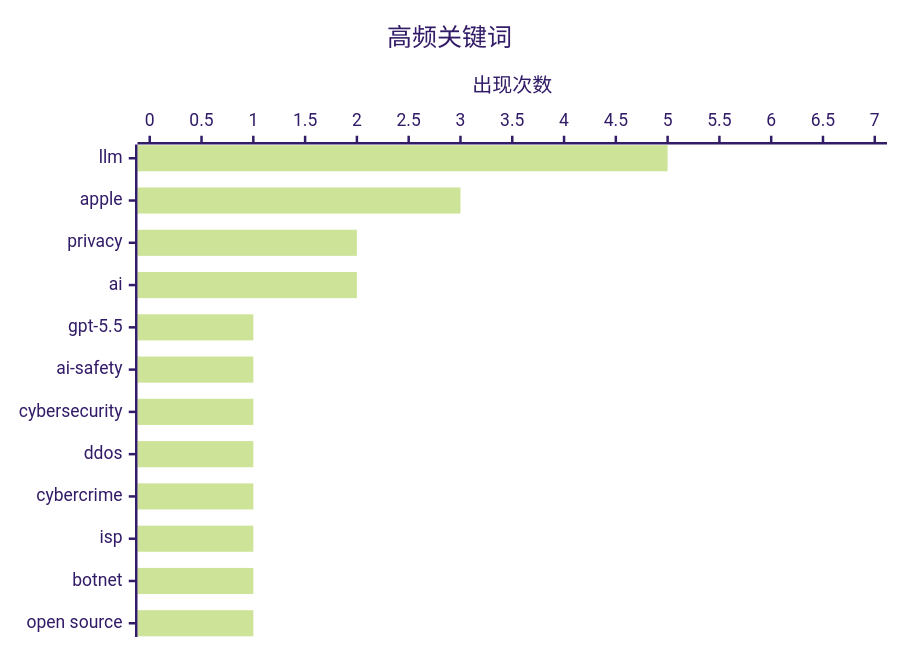
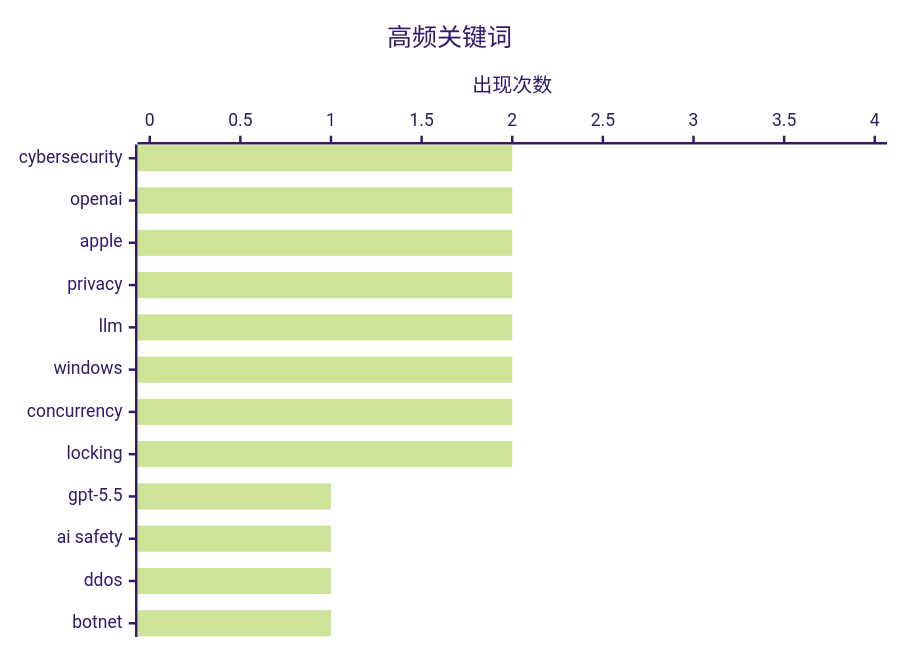
One commit to AllenX-Li/ai-daily-digest changed the second of 2 diagrams in docs/digest-20260502.md. Above: the diagram before and after it, drawn with Mermaid (forest theme). The commit also changed other lines of this file and 2 other files, not shown here.

````diff
--- a/docs/digest-20260502.md
+++ b/docs/digest-20260502.md
@@ -66,7 +66,7 @@
 ```mermaid
 xychart-beta horizontal
     title "高频关键词"
-    x-axis ["llm", "apple", "privacy", "ai", "gpt-5.5", "ai-safety", "cybersecurity", "ddos", "cybercrime", "isp", "botnet", "open source"]
-    y-axis "出现次数" 0 --> 7
-    bar [5, 3, 2, 2, 1, 1, 1, 1, 1, 1, 1, 1]
+    x-axis ["cybersecurity", "openai", "apple", "privacy", "llm", "windows", "concurrency", "locking", "gpt-5.5", "ai safety", "ddos", "botnet"]
+    y-axis "出现次数" 0 --> 4
+    bar [2, 2, 2, 2, 2, 2, 2, 2, 1, 1, 1, 1]
 ```
````
